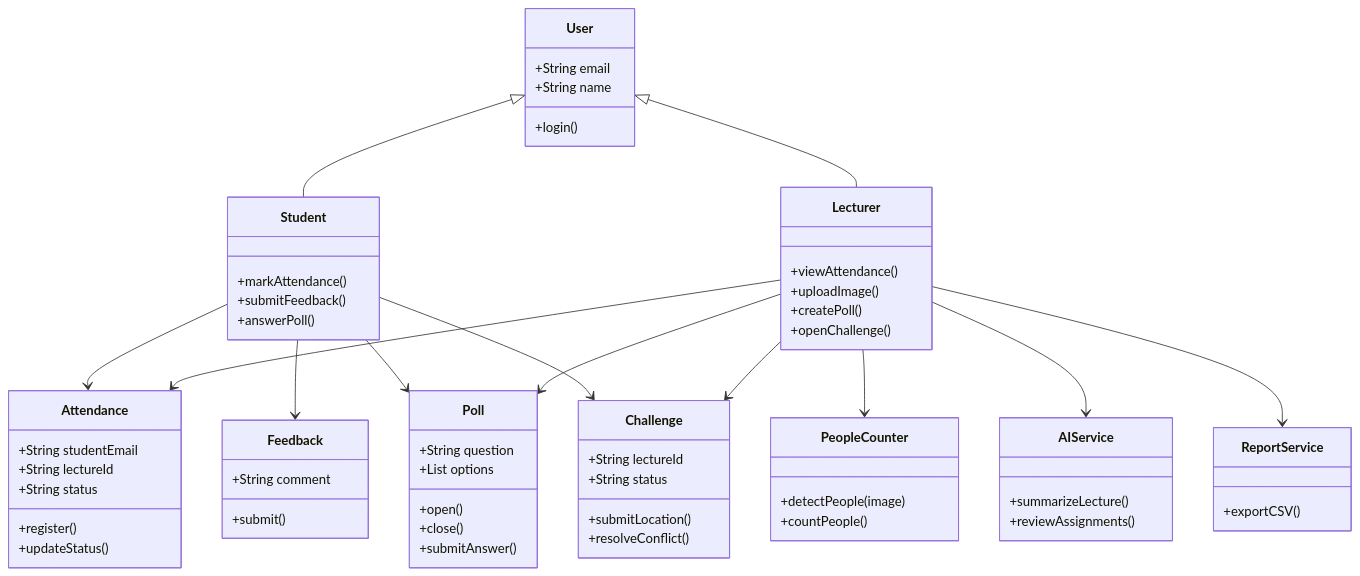
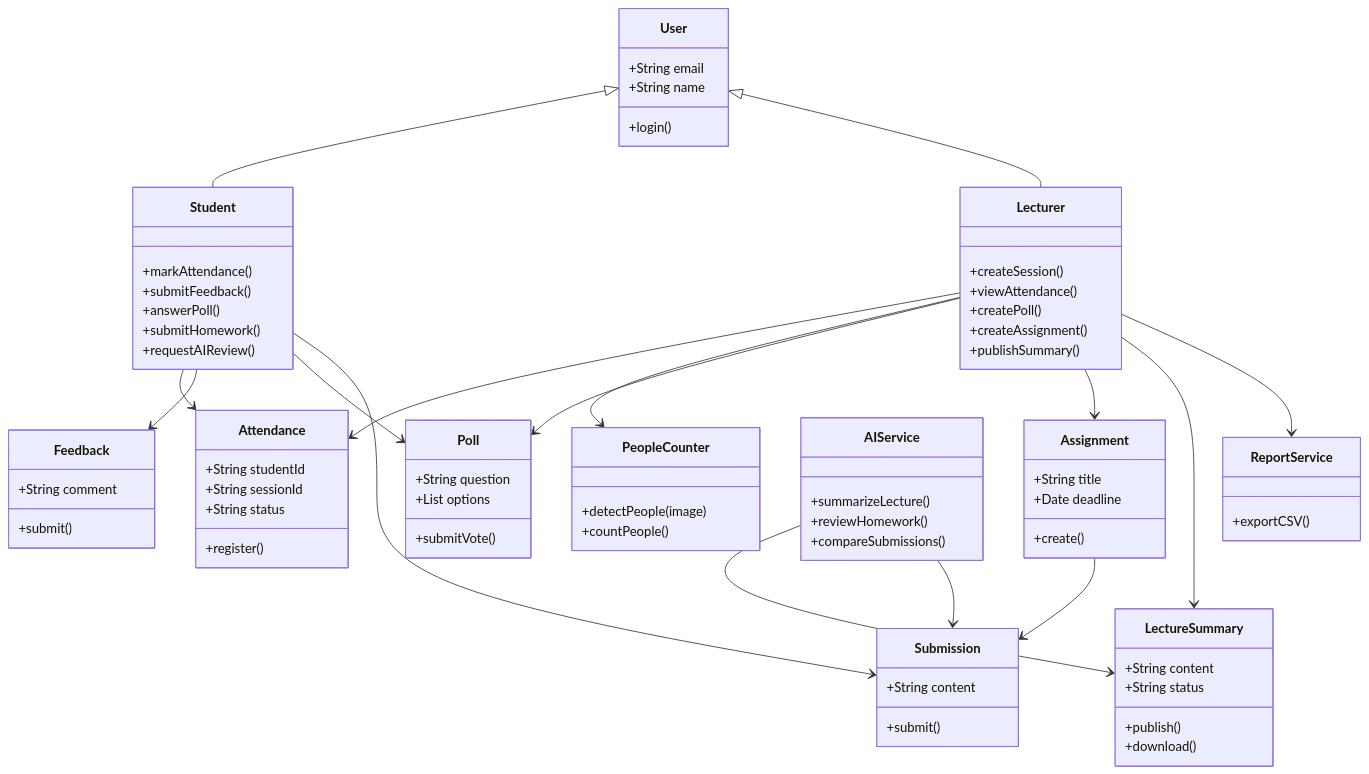
Before and after one commit to talabaker3276/I2SE_Ex2: the first of 4 diagrams in DIAGRAMS.md, drawn with Mermaid. The commit also changed other lines of this file, not shown here.

First line of the commit message:
Revise diagrams for Smart Classroom system

````diff
--- a/DIAGRAMS.md
+++ b/DIAGRAMS.md
@@ -5,5 +5,8 @@
 ```mermaid
 classDiagram
+    User <|-- Student
+    User <|-- Lecturer
+
     class User {
         +String email
         +String name
@@ -14,33 +17,28 @@
         +markAttendance()
         +submitFeedback()
         +answerPoll()
+        +submitHomework()
+        +requestAIReview()
     }
 
     class Lecturer {
+        +createSession()
         +viewAttendance()
-        +uploadImage()
         +createPoll()
-        +openChallenge()
+        +createAssignment()
+        +publishSummary()
     }
 
     class Attendance {
-        +String studentEmail
-        +String lectureId
+        +String studentId
+        +String sessionId
         +String status
         +register()
-        +updateStatus()
     }
 
     class PeopleCounter {
         +detectPeople(image)
         +countPeople()
-    }
-
-    class Challenge {
-        +String lectureId
-        +String status
-        +submitLocation()
-        +resolveConflict()
     }
 
     class Feedback {
@@ -51,30 +49,48 @@
     class Poll {
         +String question
         +List options
-        +open()
-        +close()
-        +submitAnswer()
+        +submitVote()
+    }
+
+    class LectureSummary {
+        +String content
+        +String status
+        +publish()
+        +download()
+    }
+
+    class Assignment {
+        +String title
+        +Date deadline
+        +create()
+    }
+
+    class Submission {
+        +String content
+        +submit()
     }
 
     class AIService {
         +summarizeLecture()
-        +reviewAssignments()
+        +reviewHomework()
+        +compareSubmissions()
     }
 
     class ReportService {
         +exportCSV()
     }
 
-    User <|-- Student
-    User <|-- Lecturer
     Student --> Attendance
     Student --> Feedback
     Student --> Poll
-    Student --> Challenge
+    Student --> Submission
     Lecturer --> Attendance
     Lecturer --> PeopleCounter
-    Lecturer --> Challenge
     Lecturer --> Poll
-    Lecturer --> AIService
+    Lecturer --> Assignment
+    Lecturer --> LectureSummary
     Lecturer --> ReportService
+    Assignment --> Submission
+    AIService --> LectureSummary
+    AIService --> Submission
 ```
````
